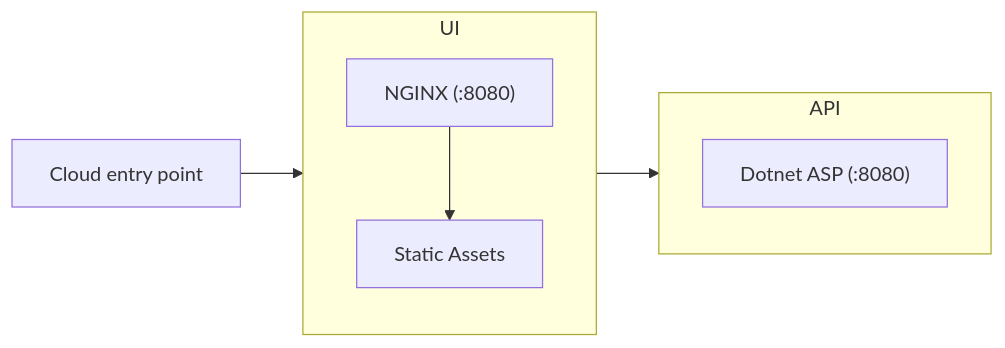
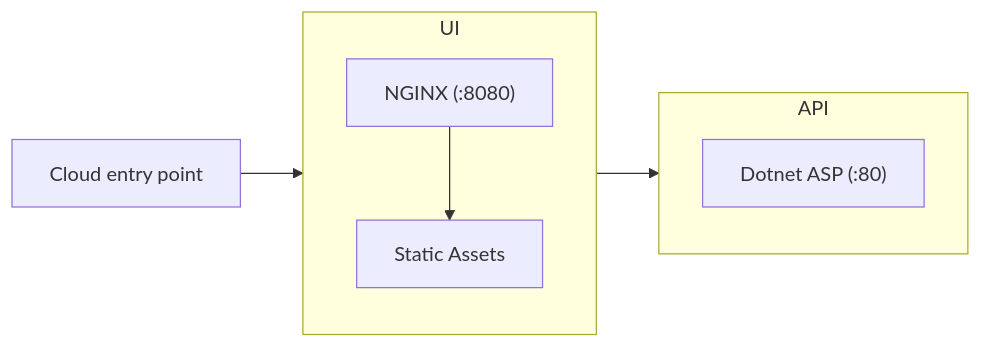
Before and after one commit to bencoveney/dotnet-container: the diagram in README.md, drawn with Mermaid. The commit also changed other lines of this file and 4 other files, not shown here.

````diff
--- a/README.md
+++ b/README.md
@@ -24,16 +24,16 @@
 ```mermaid
 graph LR
   host-->nginx
   nginx-->dotnet
   host["Cloud entry point"]
   subgraph api["API"]
     direction TB
-    dotnet["Dotnet ASP (:8080)"]
+    dotnet["Dotnet ASP (:80)"]
   end
   subgraph ui["UI"]
     direction TB
     nginx["NGINX (:8080)"]
     static["Static Assets"]
     nginx-->static
   end
 ```
````
